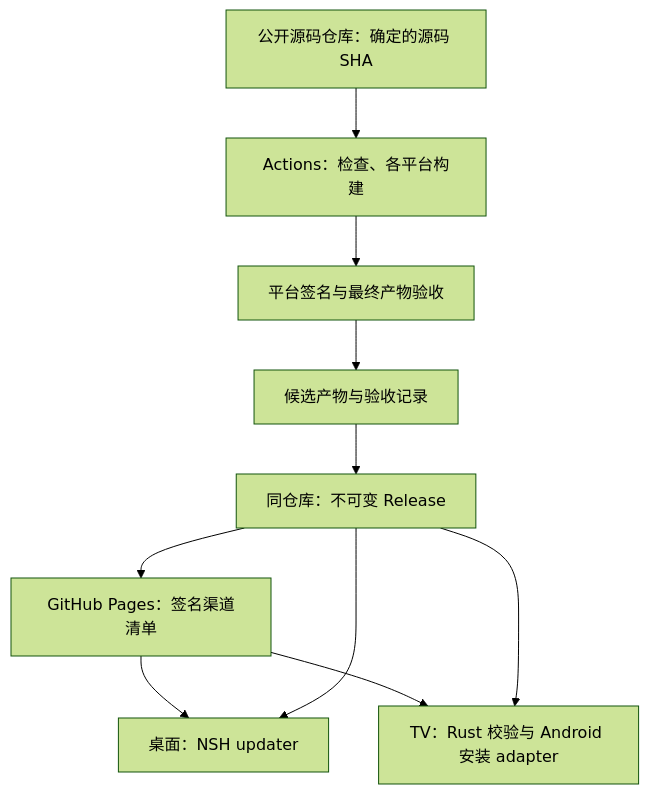
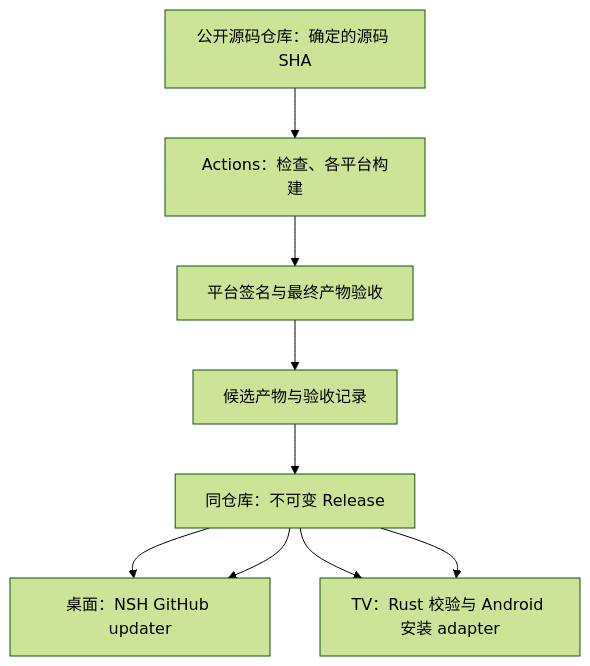
One commit to bijinfeng/hongguo-tv changed the diagram in docs/github-delivery-and-updates.md. Above: the diagram before and after it, drawn with Mermaid (forest theme). The commit also changed other lines of this file and 4 other files, not shown here.

Commit message:
feat(release): use GitHub Releases for update metadata

````diff
--- a/docs/github-delivery-and-updates.md
+++ b/docs/github-delivery-and-updates.md
@@ -13,12 +13,11 @@
 ```mermaid
 flowchart TD
   Source[公开源码仓库：确定的源码 SHA] --> CI[Actions：检查、各平台构建]
   CI --> Sign[平台签名与最终产物验收]
   Sign --> Candidate[候选产物与验收记录]
   Candidate --> Release[同仓库：不可变 Release]
-  Release --> Pages[GitHub Pages：签名渠道清单]
-  Pages --> Desktop[桌面：NSH updater]
-  Pages --> TV[TV：Rust 校验与 Android 安装 adapter]
+  Release --> Desktop[桌面：NSH GitHub updater]
+  Release --> TV[TV：Rust 校验与 Android 安装 adapter]
   Release --> Desktop
   Release --> TV
 ```
````
